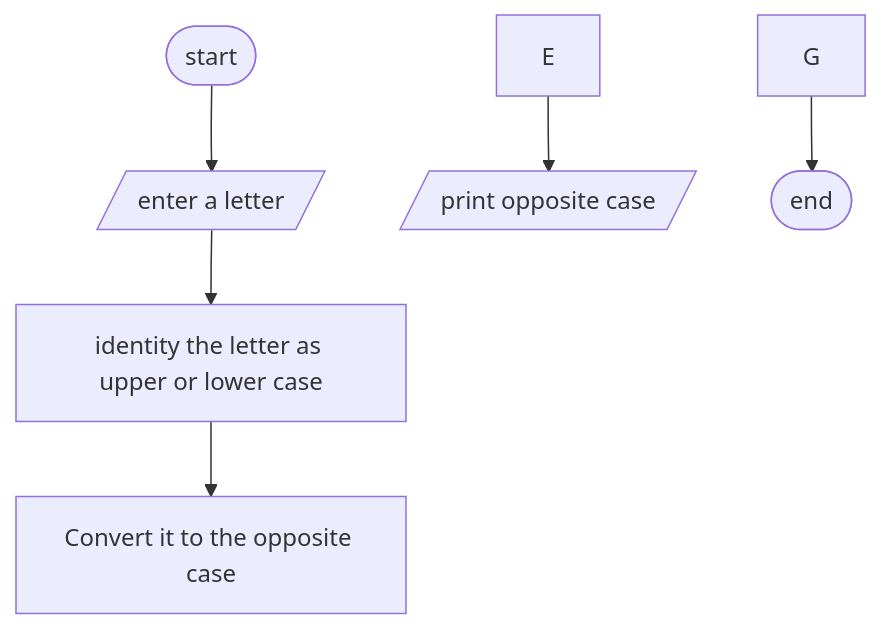
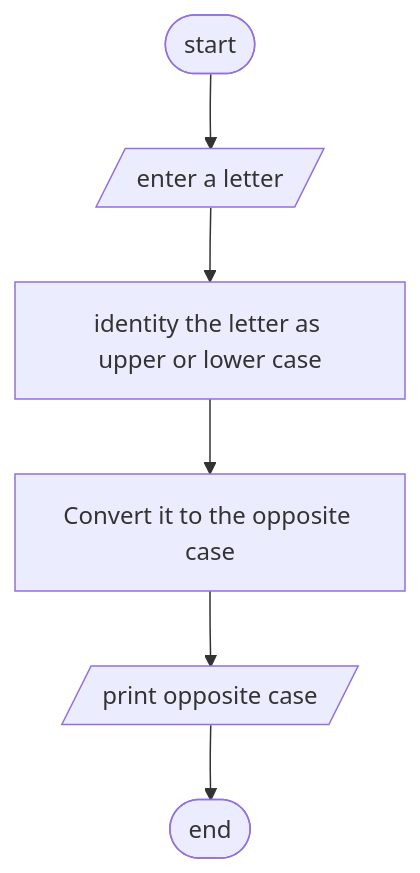
One commit to SWEG-2015EC-Batch/Codify changed the diagram in ETS1118_15_Philipos_Hailu/2nd year/Exercise 1/Q3 Letter problem/Analysis.md. Above: the diagram before and after it, drawn with Mermaid.

````diff
--- a/ETS1118_15_Philipos_Hailu/2nd year/Exercise 1/Q3 Letter problem/Analysis.md
+++ b/ETS1118_15_Philipos_Hailu/2nd year/Exercise 1/Q3 Letter problem/Analysis.md
@@ -26,8 +26,8 @@
 ```mermaid
 flowchart TD;
 A([start]) --> B[/enter a letter/];
 B --> C[" identity the letter as upper or lower case "];
 C --> D[" Convert it to the opposite case "];
-E --> F[/print opposite case/];
-G --> H([end]);
+D --> E[/print opposite case/];
+E --> F([end]);
 ```
````
